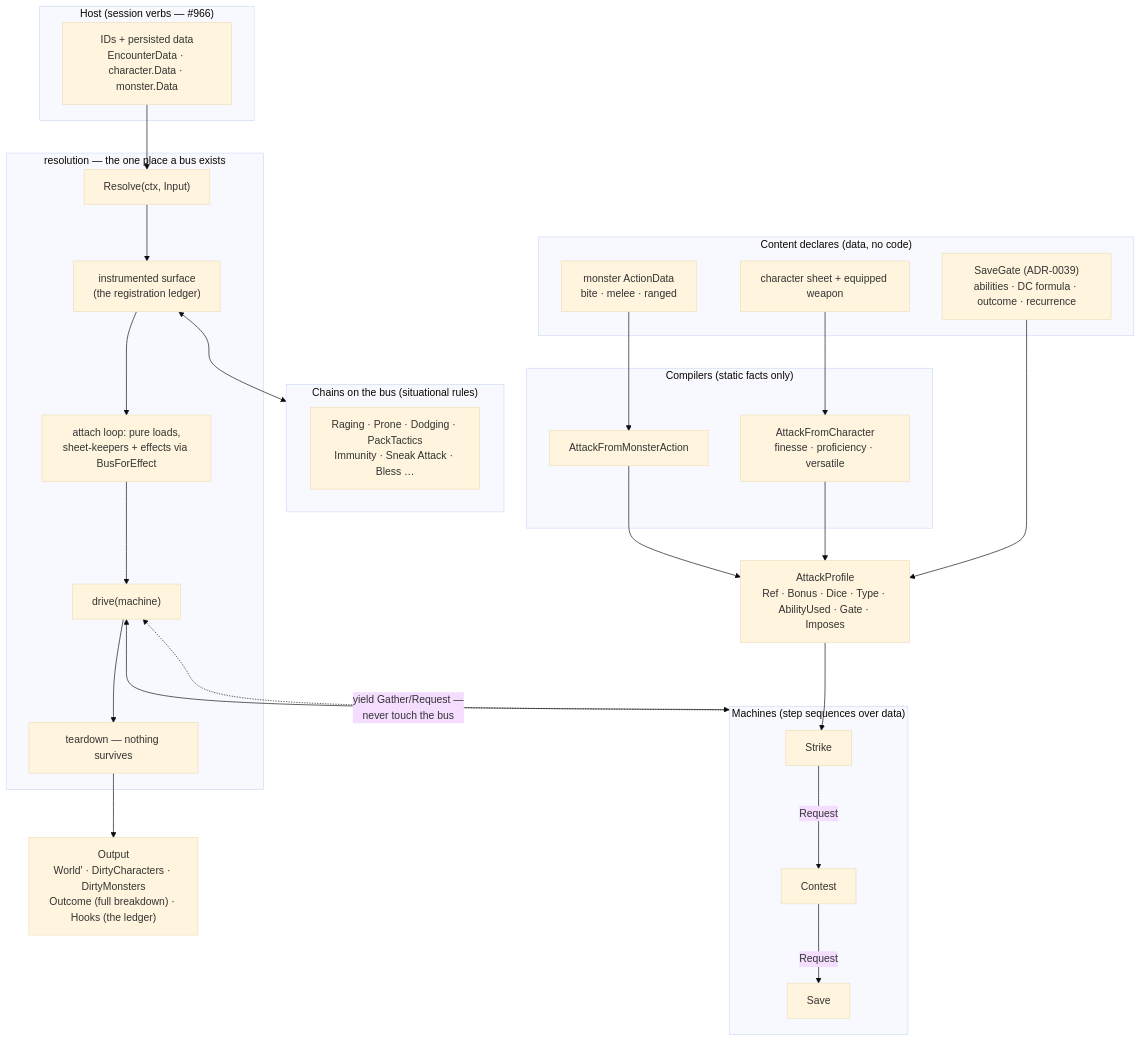
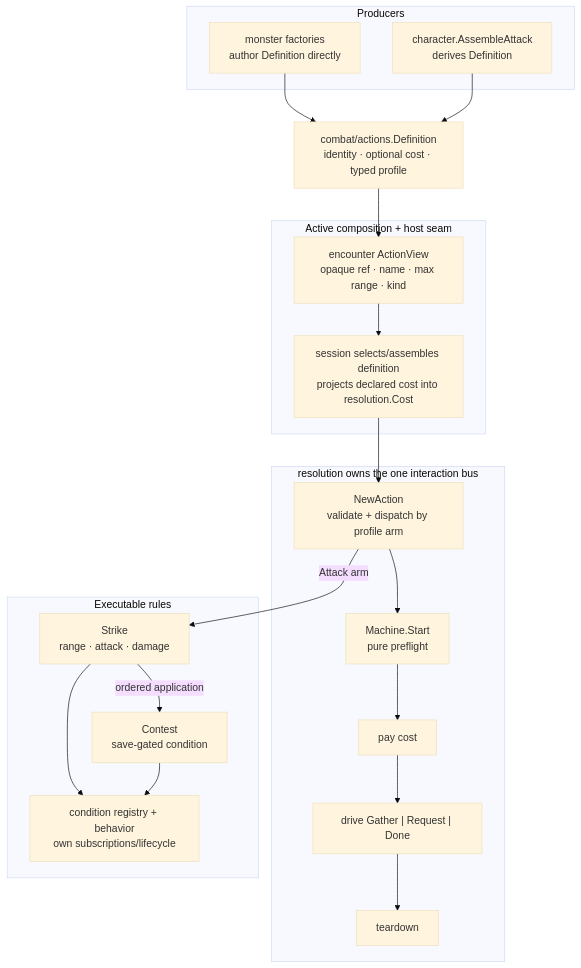
Before and after one commit to KirkDiggler/rpg-toolkit: the diagram in rulebooks/dnd5e/resolution/ARCHITECTURE.md, drawn with Mermaid (base theme). The commit also changed other lines of this file and 25 other files, not shown here.

First line of the commit message:
feat(resolution)!: interpret inert action definitions (#1198) (#1235)

````diff
--- a/rulebooks/dnd5e/resolution/ARCHITECTURE.md
+++ b/rulebooks/dnd5e/resolution/ARCHITECTURE.md
@@ -16,50 +5,37 @@
 ```mermaid
 flowchart TB
-    subgraph HOST["Host (session verbs — #966)"]
-        IDS["IDs + persisted data\nEncounterData · character.Data · monster.Data"]
+    subgraph PRODUCERS["Producers"]
+        MON["monster factories\nauthor Definition directly"]
+        CHAR["character.AssembleAttack\nderives Definition"]
     end
 
-    subgraph CONTENT["Content declares (data, no code)"]
-        ACT["monster ActionData\nbite · melee · ranged"]
-        SHEET["character sheet + equipped weapon"]
-        GATE["SaveGate (ADR-0039)\nabilities · DC formula · outcome · recurrence"]
+    DEF["combat/actions.Definition\nidentity · optional cost · typed profile"]
+
+    subgraph SESSION["Active composition + host seam"]
+        VIEW["encounter ActionView\nopaque ref · name · max range · kind"]
+        SEAM["session selects/assembles definition\nprojects declared cost into resolution.Cost"]
     end
 
-    subgraph COMPILERS["Compilers (static facts only)"]
-        AFM["AttackFromMonsterAction"]
-        AFC["AttackFromCharacter\nfinesse · proficiency · versatile"]
+    subgraph RESOLUTION["resolution owns the one interaction bus"]
+        NEW["NewAction\nvalidate + dispatch by profile arm"]
+        START["Machine.Start\npure preflight"]
+        PAY["pay cost"]
+        DRIVE["drive Gather | Request | Done"]
+        TEAR["teardown"]
     end
 
-    PROFILE["AttackProfile\nRef · Bonus · Dice · Type · AbilityUsed · Gate · Imposes"]
-
-    subgraph RESOLUTION["resolution — the one place a bus exists"]
-        RESOLVE["Resolve(ctx, Input)"]
-        SURFACE["instrumented surface\n(the registration ledger)"]
-        ATTACH["attach loop: pure loads,\nsheet-keepers + effects via BusForEffect"]
-        DRIVE["drive(machine)"]
-        TEAR["teardown — nothing survives"]
+    subgraph RULES["Executable rules"]
+        STRIKE["Strike\nrange · attack · damage"]
+        CONTEST["Contest\nsave-gated condition"]
+        CONDITIONS["condition registry + behavior\nown subscriptions/lifecycle"]
     end
 
-    subgraph MACHINES["Machines (step sequences over data)"]
-        STRIKE["Strike"]
-        CONTEST["Contest"]
-        SAVE["Save"]
-    end
-
-    subgraph CHAINS["Chains on the bus (situational rules)"]
-        FX["Raging · Prone · Dodging · PackTactics\nImmunity · Sneak Attack · Bless …"]
-    end
-
-    OUT["Output\nWorld' · DirtyCharacters · DirtyMonsters\nOutcome (full breakdown) · Hooks (the ledger)"]
-
-    IDS --> RESOLVE
-    ACT --> AFM --> PROFILE
-    SHEET --> AFC --> PROFILE
-    GATE --> PROFILE
-    PROFILE --> STRIKE
-    RESOLVE --> SURFACE --> ATTACH --> DRIVE --> TEAR --> OUT
-    DRIVE <--> MACHINES
-    MACHINES -. "yield Gather/Request —\nnever touch the bus" .-> DRIVE
-    SURFACE <--> CHAINS
-    STRIKE -->|"Request"| CONTEST -->|"Request"| SAVE
+    MON --> DEF
+    CHAR --> DEF
+    DEF --> VIEW --> SEAM
+    SEAM --> NEW --> START --> PAY --> DRIVE --> TEAR
+    NEW -->|Attack arm| STRIKE
+    STRIKE -->|ordered application| CONTEST
+    STRIKE --> CONDITIONS
+    CONTEST --> CONDITIONS
 ```
````
